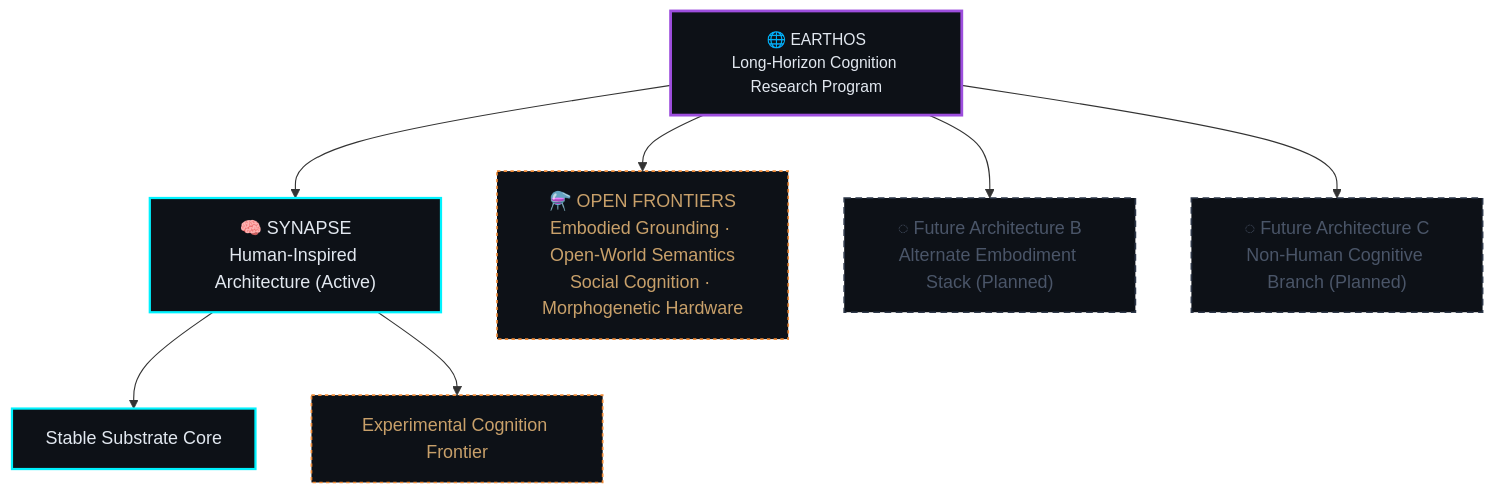
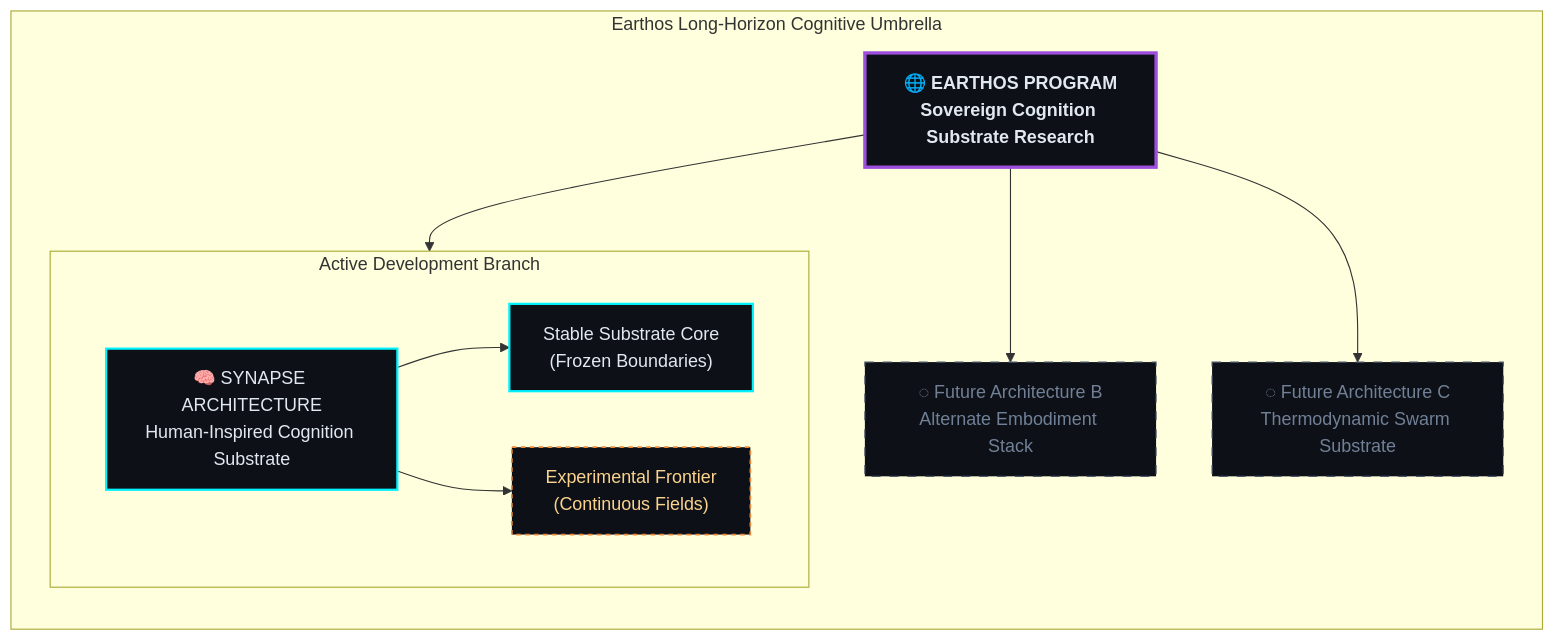
The second of 7 diagrams in docs/architecture.md (rk-roshan-kr/Earthos-public), drawn with Mermaid before and after one commit. The commit also changed other lines of this file, not shown here.

Commit message:
docs: complete rewrite of architecture.md with cognitive ecology flowcharts and timeline

````diff
--- a/docs/architecture.md
+++ b/docs/architecture.md
@@ -48,17 +67,23 @@
 ```mermaid
 graph TD
-    classDef program fill:#0d1117,stroke:#9d4edd,stroke-width:2.5px,color:#e2e8f0,font-size:14px;
-    classDef active fill:#0d1117,stroke:#00f2fe,stroke-width:2px,color:#e2e8f0;
-    classDef future fill:#0d1117,stroke:#2d3748,stroke-width:1.5px,color:#4a5568,stroke-dasharray: 6 4;
-    classDef frontier fill:#0d1117,stroke:#ed8936,stroke-width:1.5px,color:#c8a06a,stroke-dasharray: 3 3;
+    classDef program fill:#0d1117,stroke:#9d4edd,stroke-width:3px,color:#e2e8f0,font-weight:bold;
+    classDef branch fill:#0d1117,stroke:#00f2fe,stroke-width:2px,color:#e2e8f0;
+    classDef frontier fill:#0d1117,stroke:#ed8936,stroke-width:1.5px,color:#fbd38d,stroke-dasharray: 4 4;
+    classDef future fill:#0d1117,stroke:#4a5568,stroke-width:1px,color:#718096,stroke-dasharray: 8 8;
 
-    E["🌐 EARTHOS\nLong-Horizon Cognition Research Program"]:::program
+    subgraph EARTHOS_ECOLOGY ["Earthos Long-Horizon Cognitive Umbrella"]
+        direction TB
+        E["🌐 EARTHOS PROGRAM\nSovereign Cognition Substrate Research"]:::program
 
-    E --> S["🧠 SYNAPSE\nHuman-Inspired Architecture (Active)"]:::active
-    E --> R["⚗️ OPEN FRONTIERS\nEmbodied Grounding · Open-World Semantics\nSocial Cognition · Morphogenetic Hardware"]:::frontier
-    E --> F1["◌ Future Architecture B\nAlternate Embodiment Stack (Planned)"]:::future
-    E --> F2["◌ Future Architecture C\nNon-Human Cognitive Branch (Planned)"]:::future
-
-    S --> Core["Stable Substrate Core"]:::active
-    S --> Exp["Experimental Cognition Frontier"]:::frontier
+        subgraph SYNAPSE_BRANCH ["Active Development Branch"]
+            direction LR
+            Syn["🧠 SYNAPSE ARCHITECTURE\nHuman-Inspired Cognition Substrate"]:::branch
+            Syn --> Core["Stable Substrate Core\n(Frozen Boundaries)"]:::branch
+            Syn --> Frontier["Experimental Frontier\n(Continuous Fields)"]:::frontier
+        end
+        
+        E --> Syn
+        E --> F1["◌ Future Architecture B\nAlternate Embodiment Stack"]:::future
+        E --> F2["◌ Future Architecture C\nThermodynamic Swarm Substrate"]:::future
+    end
 ```
````
